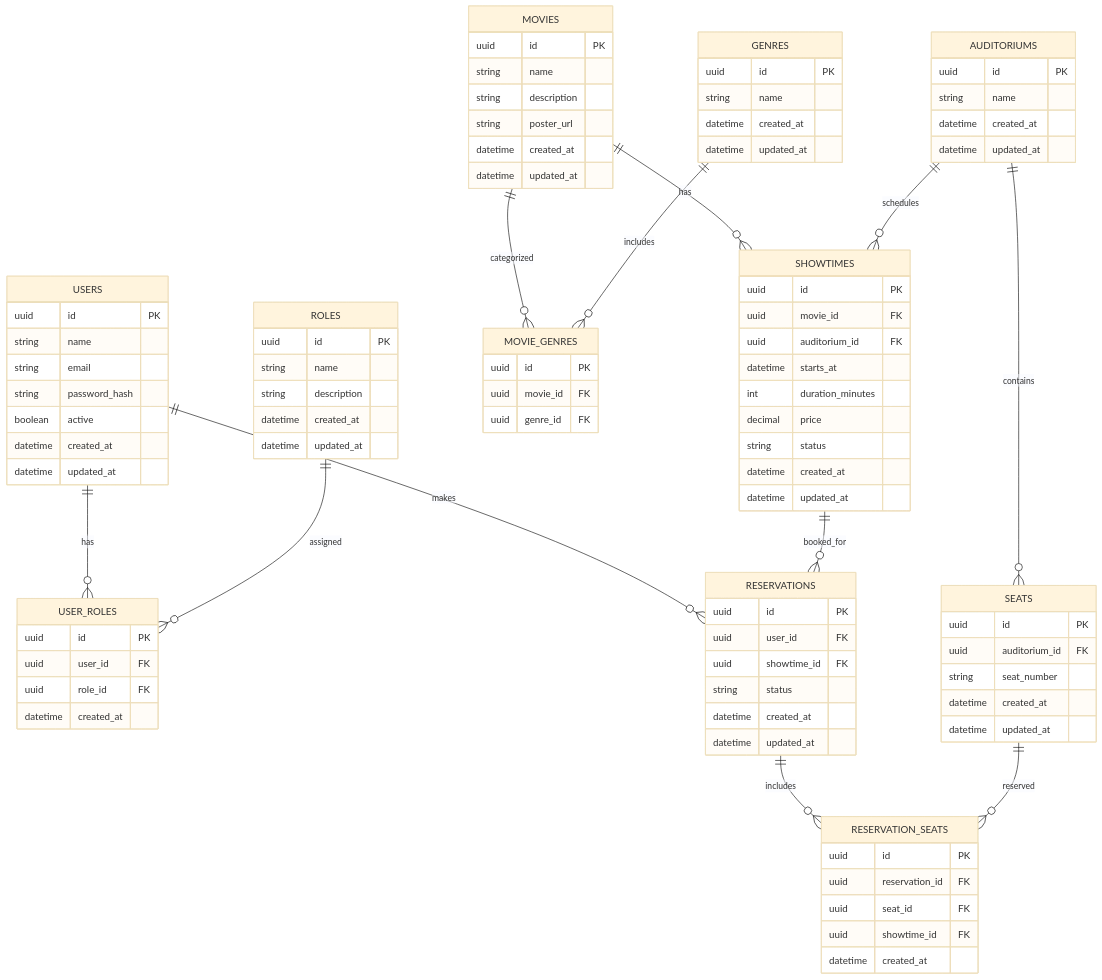
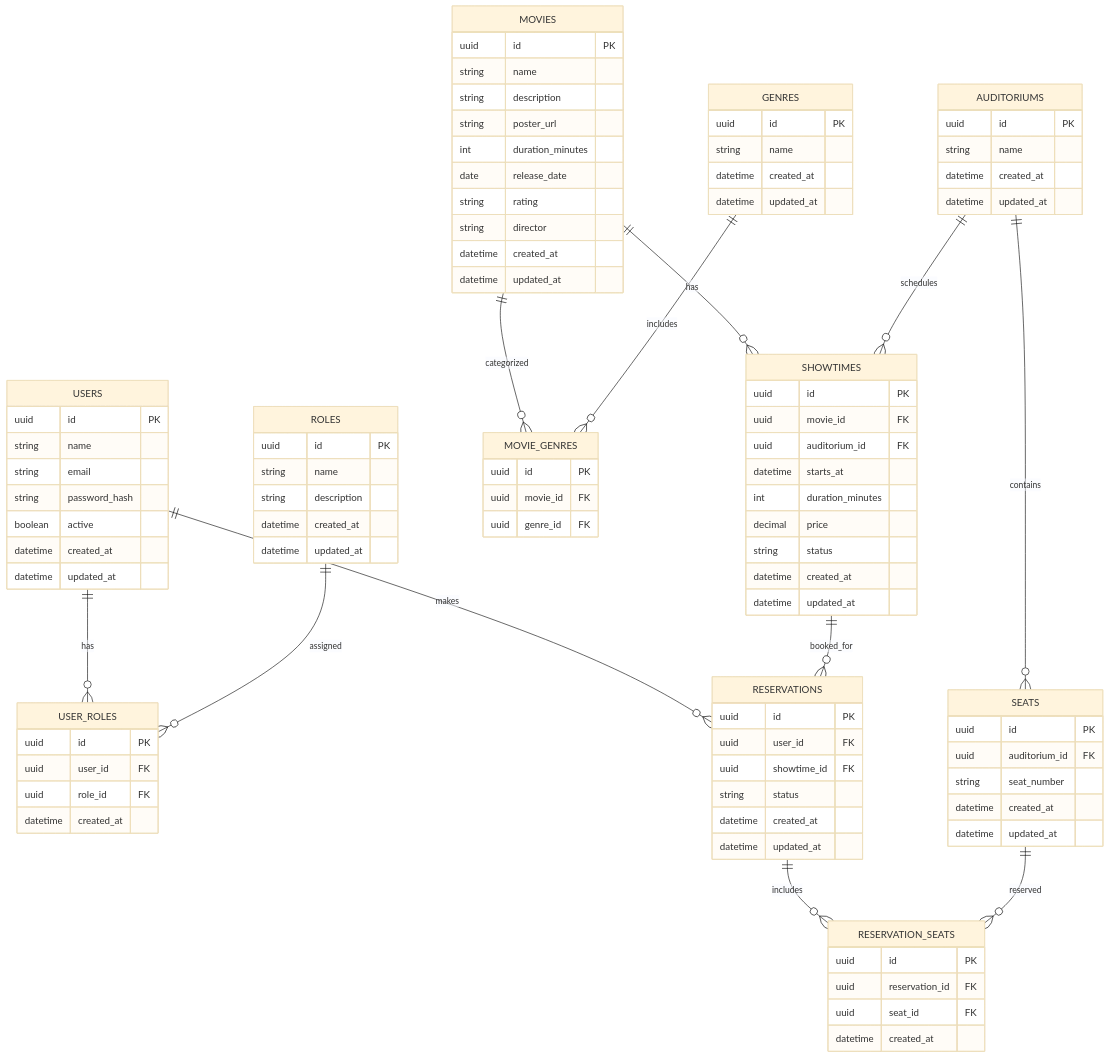
The diagram in images/Cinema Reservations-2026-02-04-192656.mmd (adcc662/cinema_reservations), drawn with Mermaid (base theme) before and after one commit. The commit also changed 1 other file, not shown here.

Commit message:
Changes in diagram to synchronize with the database models

```diff
--- a/images/Cinema Reservations-2026-02-04-192656.mmd
+++ b/images/Cinema Reservations-2026-02-04-192656.mmd
@@ -1,109 +1,112 @@
 erDiagram
     USERS {
         uuid id PK
         string name
         string email
         string password_hash
         boolean active
         datetime created_at
         datetime updated_at
     }
 
     ROLES {
         uuid id PK
         string name
         string description
         datetime created_at
         datetime updated_at
     }
 
     USER_ROLES {
         uuid id PK
         uuid user_id FK
         uuid role_id FK
         datetime created_at
     }
 
     MOVIES {
         uuid id PK
         string name
         string description
         string poster_url
+        int duration_minutes
+        date release_date
+        string rating
+        string director
         datetime created_at
         datetime updated_at
     }
 
     GENRES {
         uuid id PK
         string name
         datetime created_at
         datetime updated_at
     }
 
     MOVIE_GENRES {
         uuid id PK
         uuid movie_id FK
         uuid genre_id FK
     }
 
     AUDITORIUMS {
         uuid id PK
         string name
         datetime created_at
         datetime updated_at
     }
 
     SEATS {
         uuid id PK
         uuid auditorium_id FK
         string seat_number
         datetime created_at
         datetime updated_at
     }
 
     SHOWTIMES {
         uuid id PK
         uuid movie_id FK
         uuid auditorium_id FK
         datetime starts_at
         int duration_minutes
         decimal price
         string status
         datetime created_at
         datetime updated_at
     }
 
     RESERVATIONS {
         uuid id PK
         uuid user_id FK
         uuid showtime_id FK
         string status
         datetime created_at
         datetime updated_at
     }
 
     RESERVATION_SEATS {
         uuid id PK
         uuid reservation_id FK
         uuid seat_id FK
-        uuid showtime_id FK
         datetime created_at
     }
 
     %% Relationships
     USERS ||--o{ USER_ROLES : has
     ROLES ||--o{ USER_ROLES : assigned
 
     MOVIES ||--o{ SHOWTIMES : has
     AUDITORIUMS ||--o{ SHOWTIMES : schedules
 
     AUDITORIUMS ||--o{ SEATS : contains
 
     USERS ||--o{ RESERVATIONS : makes
     SHOWTIMES ||--o{ RESERVATIONS : booked_for
 
     RESERVATIONS ||--o{ RESERVATION_SEATS : includes
     SEATS ||--o{ RESERVATION_SEATS : reserved
 
     MOVIES ||--o{ MOVIE_GENRES : categorized
     GENRES ||--o{ MOVIE_GENRES : includes
```
